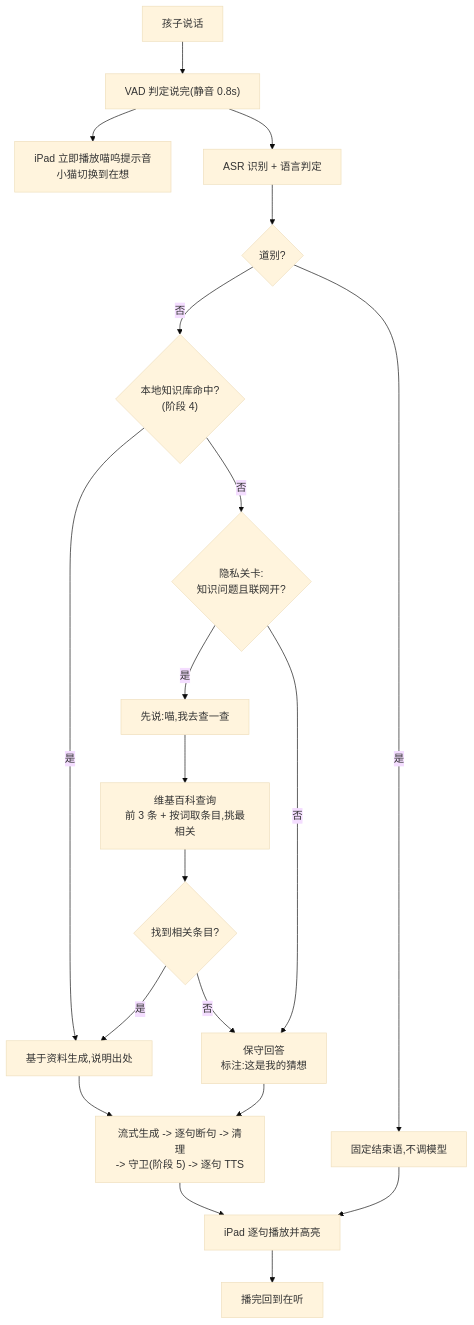
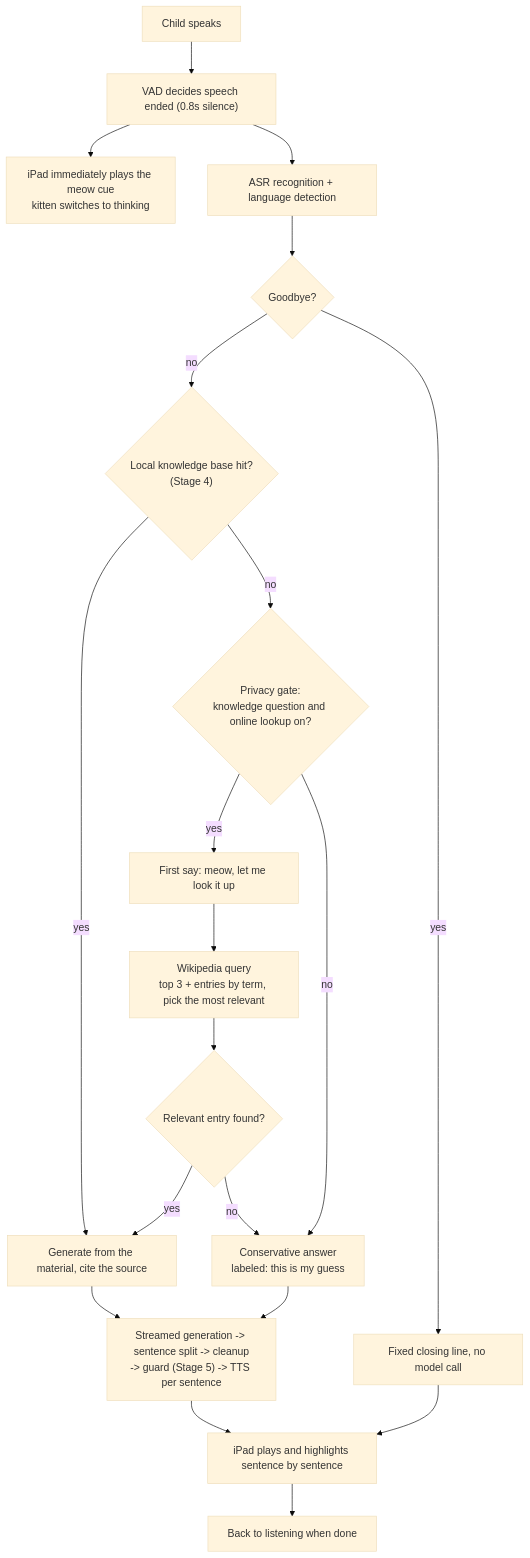
Before and after one commit to reybao/curiosity-pet: the second of 4 diagrams in docs/PROPOSAL.md, drawn with Mermaid (base theme). The commit also changed other lines of this file and 152 other files, not shown here.

````diff
--- a/docs/PROPOSAL.md
+++ b/docs/PROPOSAL.md
@@ -135,22 +135,22 @@
 ```mermaid
 flowchart TD
-  A["孩子说话"] --> B["VAD 判定说完(静音 0.8s)"]
-  B --> C["iPad 立即播放喵呜提示音<br/>小猫切换到在想"]
-  B --> D["ASR 识别 + 语言判定"]
-  D --> E{"道别?"}
-  E -->|是| F["固定结束语,不调模型"]
-  E -->|否| G{"本地知识库命中?<br/>(阶段 4)"}
-  G -->|是| H["基于资料生成,说明出处"]
-  G -->|否| I{"隐私关卡:<br/>知识问题且联网开?"}
-  I -->|是| J["先说:喵,我去查一查"]
-  J --> K["维基百科查询<br/>前 3 条 + 按词取条目,挑最相关"]
-  K --> L{"找到相关条目?"}
-  L -->|是| H
-  L -->|否| M["保守回答<br/>标注:这是我的猜想"]
-  I -->|否| M
-  H --> N["流式生成 -> 逐句断句 -> 清理<br/>-> 守卫(阶段 5) -> 逐句 TTS"]
+  A["Child speaks"] --> B["VAD decides speech ended (0.8s silence)"]
+  B --> C["iPad immediately plays the meow cue<br/>kitten switches to thinking"]
+  B --> D["ASR recognition + language detection"]
+  D --> E{"Goodbye?"}
+  E -->|yes| F["Fixed closing line, no model call"]
+  E -->|no| G{"Local knowledge base hit?<br/>(Stage 4)"}
+  G -->|yes| H["Generate from the material, cite the source"]
+  G -->|no| I{"Privacy gate:<br/>knowledge question and online lookup on?"}
+  I -->|yes| J["First say: meow, let me look it up"]
+  J --> K["Wikipedia query<br/>top 3 + entries by term, pick the most relevant"]
+  K --> L{"Relevant entry found?"}
+  L -->|yes| H
+  L -->|no| M["Conservative answer<br/>labeled: this is my guess"]
+  I -->|no| M
+  H --> N["Streamed generation -> sentence split -> cleanup<br/>-> guard (Stage 5) -> TTS per sentence"]
   M --> N
-  N --> O["iPad 逐句播放并高亮"]
-  O --> P["播完回到在听"]
+  N --> O["iPad plays and highlights sentence by sentence"]
+  O --> P["Back to listening when done"]
   F --> O
 ```
````
